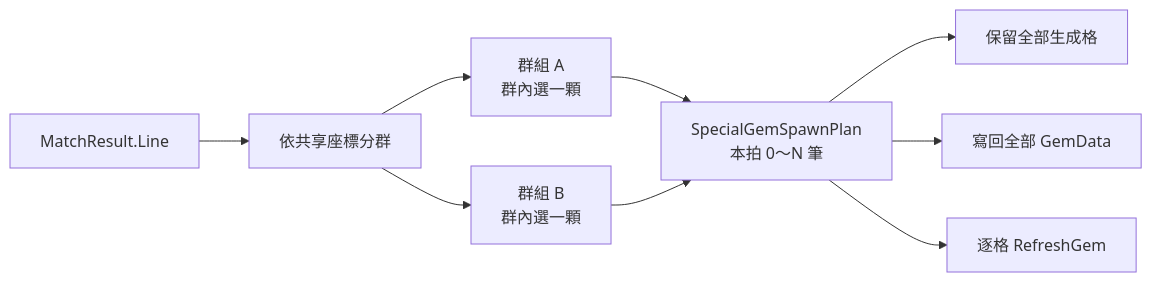
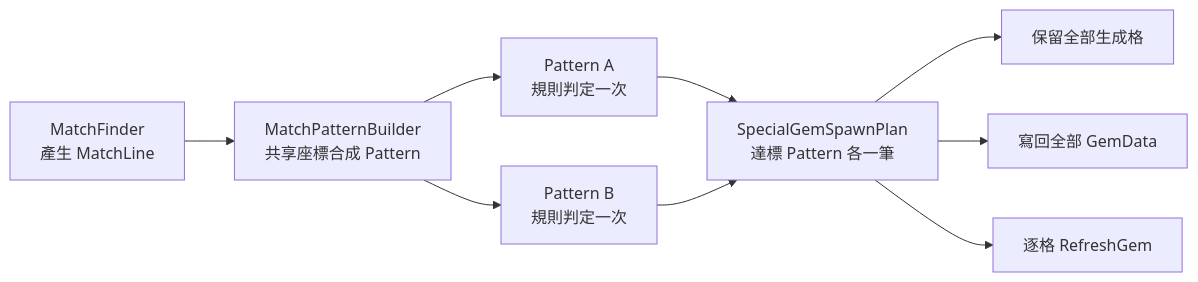
One commit to CodingCatz/MatchGems changed the fourth of 6 diagrams in CLASSROOM_CORRECTION_GUIDE.md. Above: the diagram before and after it, drawn with Mermaid. The commit also changed other lines of this file, not shown here.

Commit message:
docs: teach MatchPattern multi-spawn structure

````diff
--- a/CLASSROOM_CORRECTION_GUIDE.md
+++ b/CLASSROOM_CORRECTION_GUIDE.md
@@ -1149,11 +1152,11 @@
 ```mermaid
 flowchart LR
-    M["MatchResult.Line"] --> G["依共享座標分群"]
-    G --> A["群組 A<br/>群內選一顆"]
-    G --> B["群組 B<br/>群內選一顆"]
-    A --> P["SpecialGemSpawnPlan<br/>本拍 0～N 筆"]
+    M["MatchFinder<br/>產生 MatchLine"] --> G["MatchPatternBuilder<br/>共享座標合成 Pattern"]
+    G --> A["Pattern A<br/>規則判定一次"]
+    G --> B["Pattern B<br/>規則判定一次"]
+    A --> P["SpecialGemSpawnPlan<br/>達標 Pattern 各一筆"]
     B --> P
     P --> K["保留全部生成格"]
     P --> W["寫回全部 GemData"]
     P --> R["逐格 RefreshGem"]
 ```
````
